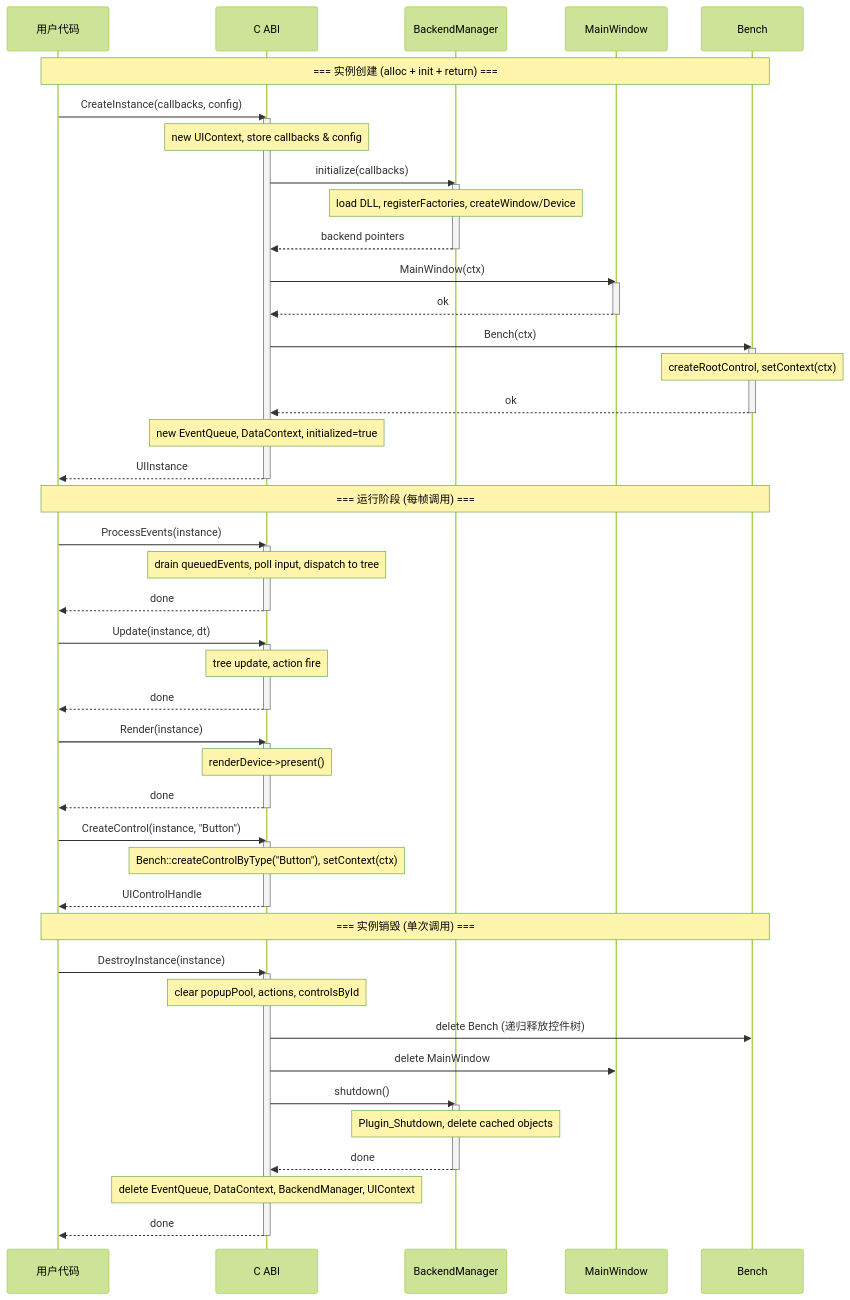
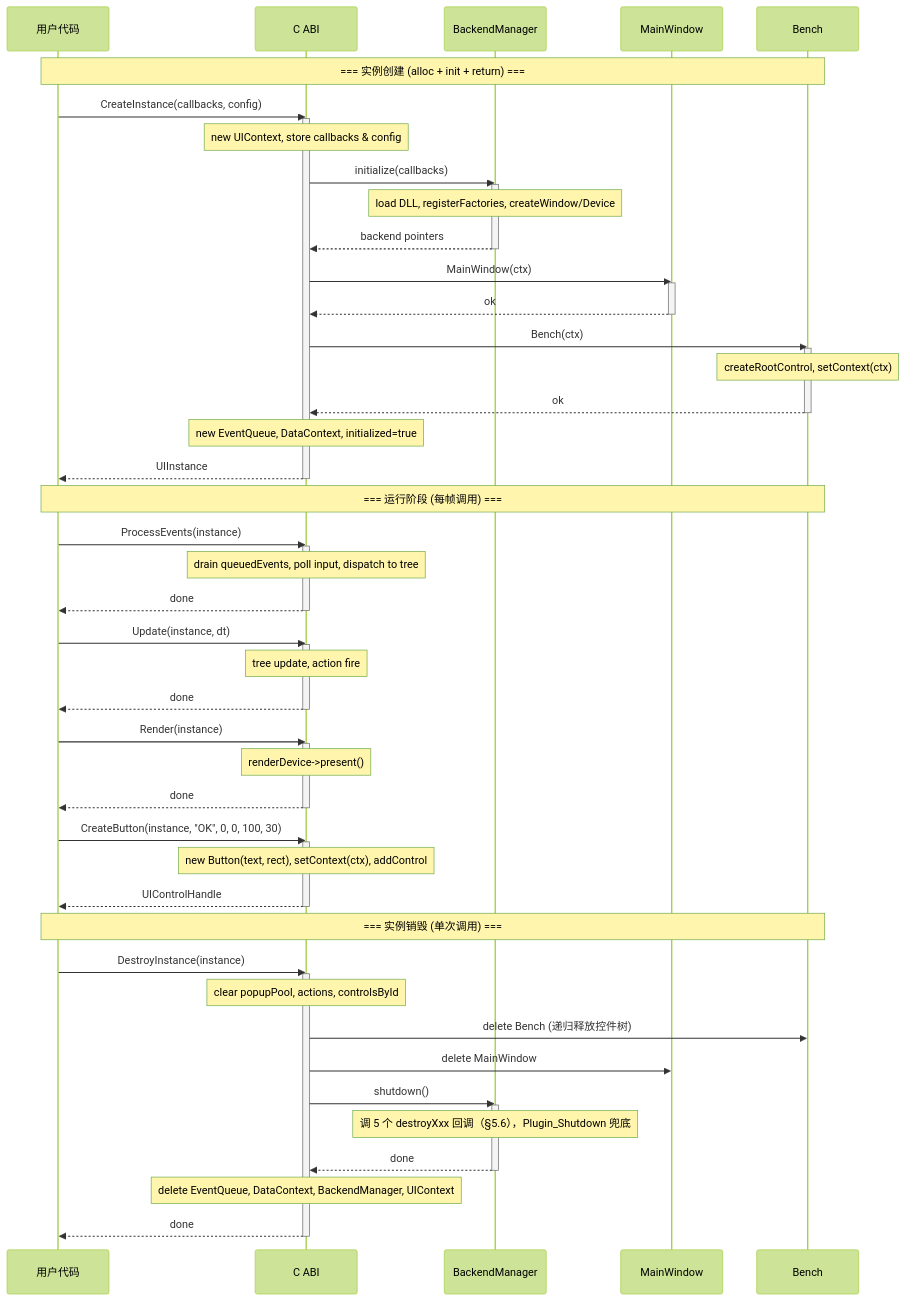
The second of 4 diagrams in doc/CABI_MultiInstance_Design.md (SeaOceanLiu/UIControls), drawn with Mermaid (forest theme) before and after one commit. The commit also changed other lines of this file and 1 other file, not shown here.

Commit message:
docs: external audit pass — revise CABI multi-instance design against real sources (menuPool, destroy callbacks, m_eventQueueInstance)

````diff
--- a/doc/CABI_MultiInstance_Design.md
+++ b/doc/CABI_MultiInstance_Design.md
@@ -662,80 +760,80 @@
 ```mermaid
 sequenceDiagram
     participant User as 用户代码
     participant CAPI as C ABI
     participant BM as BackendManager
     participant MW as MainWindow
     participant B as Bench
 
     Note over User,B: === 实例创建 (alloc + init + return) ===
 
     User->>CAPI: CreateInstance(callbacks, config)
     activate CAPI
     Note over CAPI: new UIContext, store callbacks & config
 
     CAPI->>BM: initialize(callbacks)
     activate BM
     Note over BM: load DLL, registerFactories, createWindow/Device
     BM-->>CAPI: backend pointers
     deactivate BM
 
     CAPI->>MW: MainWindow(ctx)
     activate MW
     MW-->>CAPI: ok
     deactivate MW
 
     CAPI->>B: Bench(ctx)
     activate B
     Note over B: createRootControl, setContext(ctx)
     B-->>CAPI: ok
     deactivate B
 
     Note over CAPI: new EventQueue, DataContext, initialized=true
     CAPI-->>User: UIInstance
     deactivate CAPI
 
     Note over User,B: === 运行阶段 (每帧调用) ===
 
     User->>CAPI: ProcessEvents(instance)
     activate CAPI
     Note over CAPI: drain queuedEvents, poll input, dispatch to tree
     CAPI-->>User: done
     deactivate CAPI
 
     User->>CAPI: Update(instance, dt)
     activate CAPI
     Note over CAPI: tree update, action fire
     CAPI-->>User: done
     deactivate CAPI
 
     User->>CAPI: Render(instance)
     activate CAPI
     Note over CAPI: renderDevice->present()
     CAPI-->>User: done
     deactivate CAPI
 
-    User->>CAPI: CreateControl(instance, "Button")
+    User->>CAPI: CreateButton(instance, "OK", 0, 0, 100, 30)
     activate CAPI
-    Note over CAPI: Bench::createControlByType("Button"), setContext(ctx)
+    Note over CAPI: new Button(text, rect), setContext(ctx), addControl
     CAPI-->>User: UIControlHandle
     deactivate CAPI
 
     Note over User,B: === 实例销毁 (单次调用) ===
 
     User->>CAPI: DestroyInstance(instance)
     activate CAPI
     Note over CAPI: clear popupPool, actions, controlsById
 
     CAPI->>B: delete Bench (递归释放控件树)
     CAPI->>MW: delete MainWindow
 
     CAPI->>BM: shutdown()
     activate BM
-    Note over BM: Plugin_Shutdown, delete cached objects
+    Note over BM: 调 5 个 destroyXxx 回调（§5.6），Plugin_Shutdown 兜底
     BM-->>CAPI: done
     deactivate BM
 
     Note over CAPI: delete EventQueue, DataContext, BackendManager, UIContext
     CAPI-->>User: done
     deactivate CAPI
 ```
````
